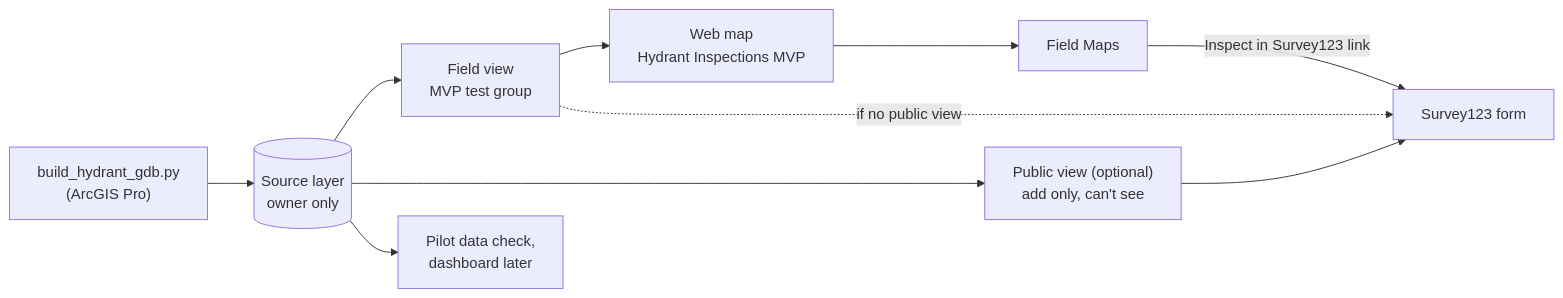
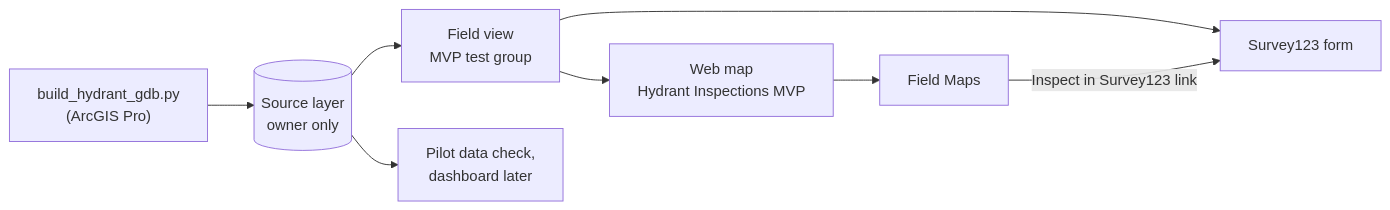
One commit to sstasio/sfpuc-hydrant-mvp changed the diagram in docs/index.md. Above: the diagram before and after it, drawn with Mermaid. The commit also changed other lines of this file and 14 other files, not shown here.

````diff
--- a/docs/index.md
+++ b/docs/index.md
@@ -46,11 +45,9 @@
 ```mermaid
 flowchart LR
   gdb["build_hydrant_gdb.py<br/>(ArcGIS Pro)"] --> src[("Source layer<br/>owner only")]
   src --> fv["Field view<br/>MVP test group"]
-  src --> pv["Public view (optional)<br/>add only, can't see"]
   fv --> map["Web map<br/>Hydrant Inspections MVP"] --> fm["Field Maps"]
-  fv -. "if no public view" .-> s123["Survey123 form"]
-  pv --> s123
+  fv --> s123["Survey123 form"]
   fm -- "Inspect in Survey123 link" --> s123
   src --> pilot["Pilot data check,<br/>dashboard later"]
 ```
````
